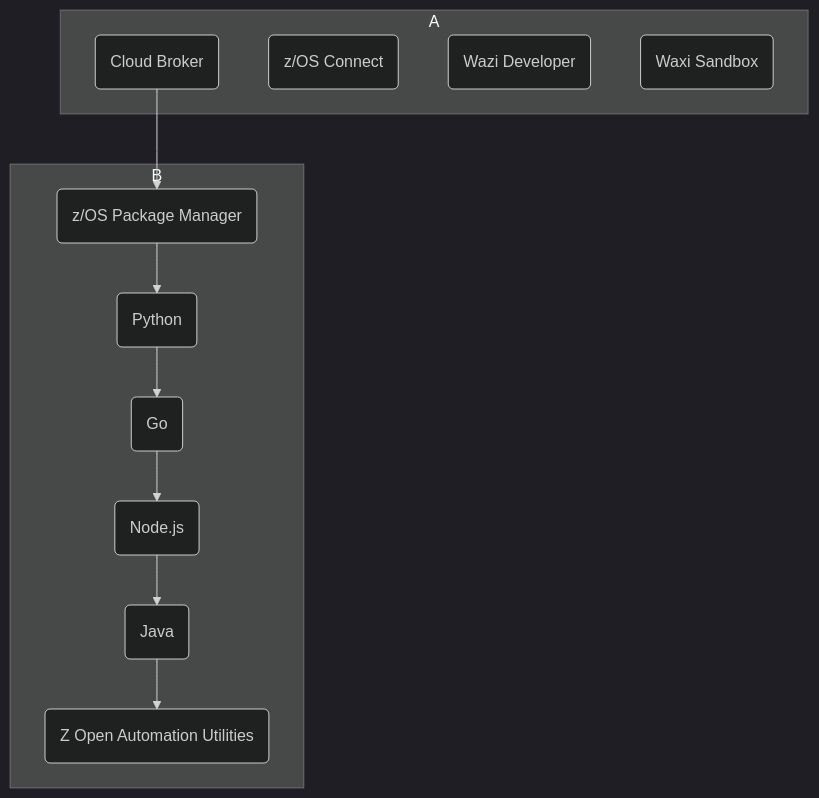
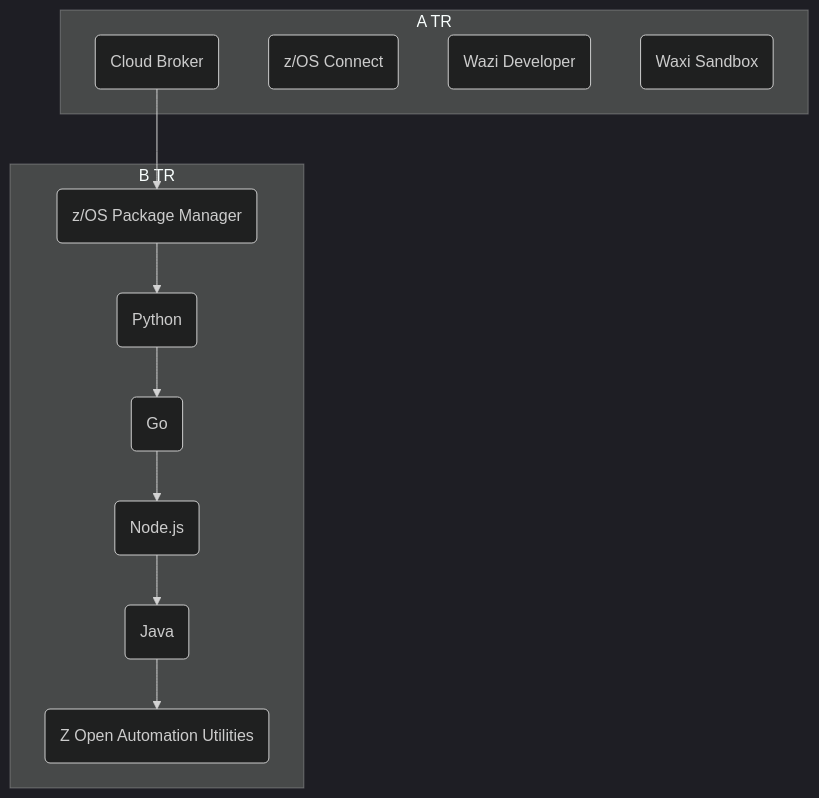
Before and after one commit to MikeFultonDev/mermexp: the diagram in my.md, drawn with Mermaid (dark theme).

````diff
--- a/my.md
+++ b/my.md
@@ -1,23 +1,23 @@
 ```mermaid
   graph TD;
-    subgraph A
+    subgraph A TR
       CB(Cloud Broker)
       zCEE(z/OS Connect)
       Dev(Wazi Developer)
       Sandbox(Waxi Sandbox)
     end
     
-    subgraph B
+    subgraph B TR
       zpm(z/OS Package Manager)
       python(Python)
       go(Go)
       node(Node.js)
       Java(Java)
       ZOAU(Z Open Automation Utilities)
       
       zpm --> python --> go --> node --> Java --> ZOAU
     end
     
     CB --> zpm
      
 ```
````
